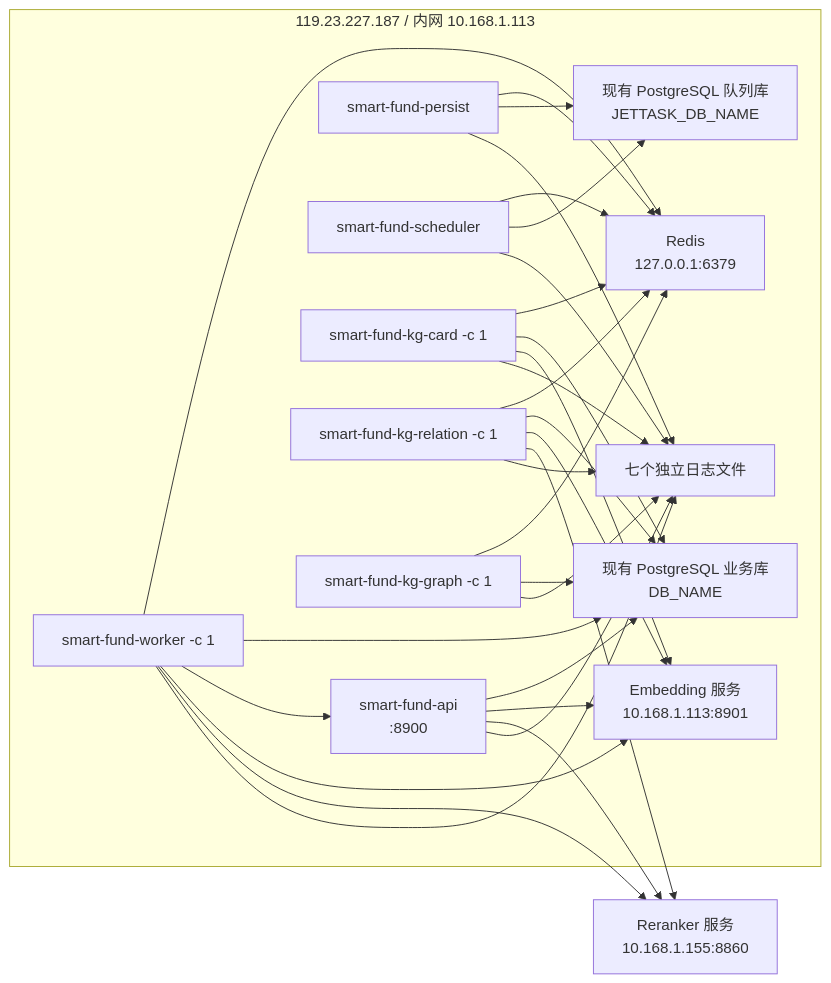
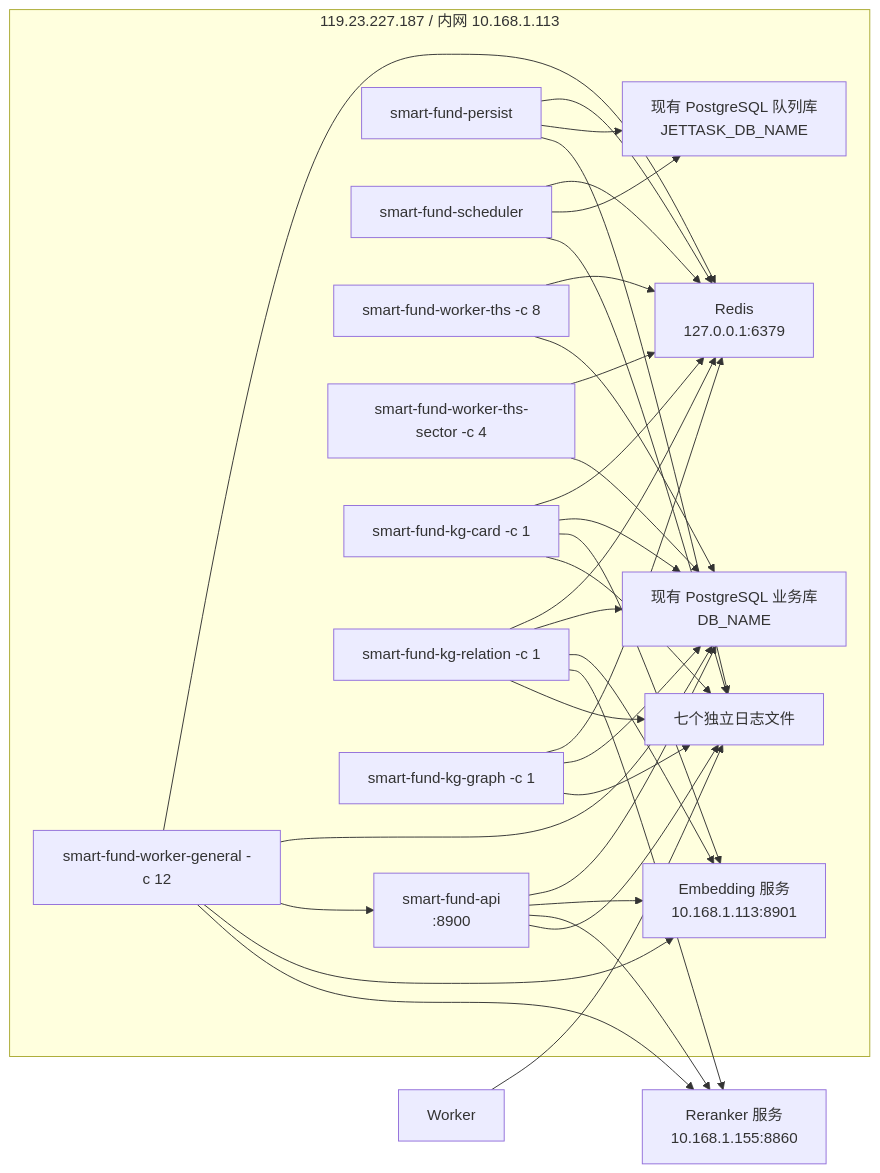
Before and after one commit to qiyuebuku/frida-test: the first of 2 diagrams in smart-fund-server/docs/3. 实施方案/6. 服务部署/1. systemd数据采集服务部署方案.md, drawn with Mermaid. The commit also changed other lines of this file and 97 other files, not shown here.

````diff
--- a/smart-fund-server/docs/3. 实施方案/6. 服务部署/1. systemd数据采集服务部署方案.md
+++ b/smart-fund-server/docs/3. 实施方案/6. 服务部署/1. systemd数据采集服务部署方案.md
@@ -37,49 +52,55 @@
 ```mermaid
 flowchart LR
     subgraph Server["119.23.227.187 / 内网 10.168.1.113"]
         API["smart-fund-api<br/>:8900"]
         Persist["smart-fund-persist"]
         Scheduler["smart-fund-scheduler"]
-        Worker["smart-fund-worker -c 1"]
+        ThsWorker["smart-fund-worker-ths -c 8"]
+        SectorWorker["smart-fund-worker-ths-sector -c 4"]
+        GeneralWorker["smart-fund-worker-general -c 12"]
         CardWorker["smart-fund-kg-card -c 1"]
         RelationWorker["smart-fund-kg-relation -c 1"]
         GraphWorker["smart-fund-kg-graph -c 1"]
         Redis["Redis<br/>127.0.0.1:6379"]
         BusinessDB["现有 PostgreSQL 业务库<br/>DB_NAME"]
         QueueDB["现有 PostgreSQL 队列库<br/>JETTASK_DB_NAME"]
         Embedding["Embedding 服务<br/>10.168.1.113:8901"]
         Logs["七个独立日志文件"]
     end
 
     Reranker["Reranker 服务<br/>10.168.1.155:8860"]
 
     Persist --> Redis
     Persist --> QueueDB
     Scheduler --> Redis
     Scheduler --> QueueDB
-    Worker --> Redis
-    Worker --> BusinessDB
-    Worker --> API
-    Worker --> Embedding
-    Worker --> Reranker
+    ThsWorker --> Redis
+    SectorWorker --> Redis
+    GeneralWorker --> Redis
+    ThsWorker --> BusinessDB
+    SectorWorker --> BusinessDB
+    GeneralWorker --> BusinessDB
+    GeneralWorker --> API
+    GeneralWorker --> Embedding
+    GeneralWorker --> Reranker
     CardWorker --> Redis
     CardWorker --> BusinessDB
     CardWorker --> Embedding
     RelationWorker --> Redis
     RelationWorker --> BusinessDB
     RelationWorker --> Embedding
     RelationWorker --> Reranker
     GraphWorker --> Redis
     GraphWorker --> BusinessDB
     API --> BusinessDB
     API --> Embedding
     API --> Reranker
 
     API --> Logs
     Persist --> Logs
     Scheduler --> Logs
     Worker --> Logs
     CardWorker --> Logs
     RelationWorker --> Logs
     GraphWorker --> Logs
 ```
````
